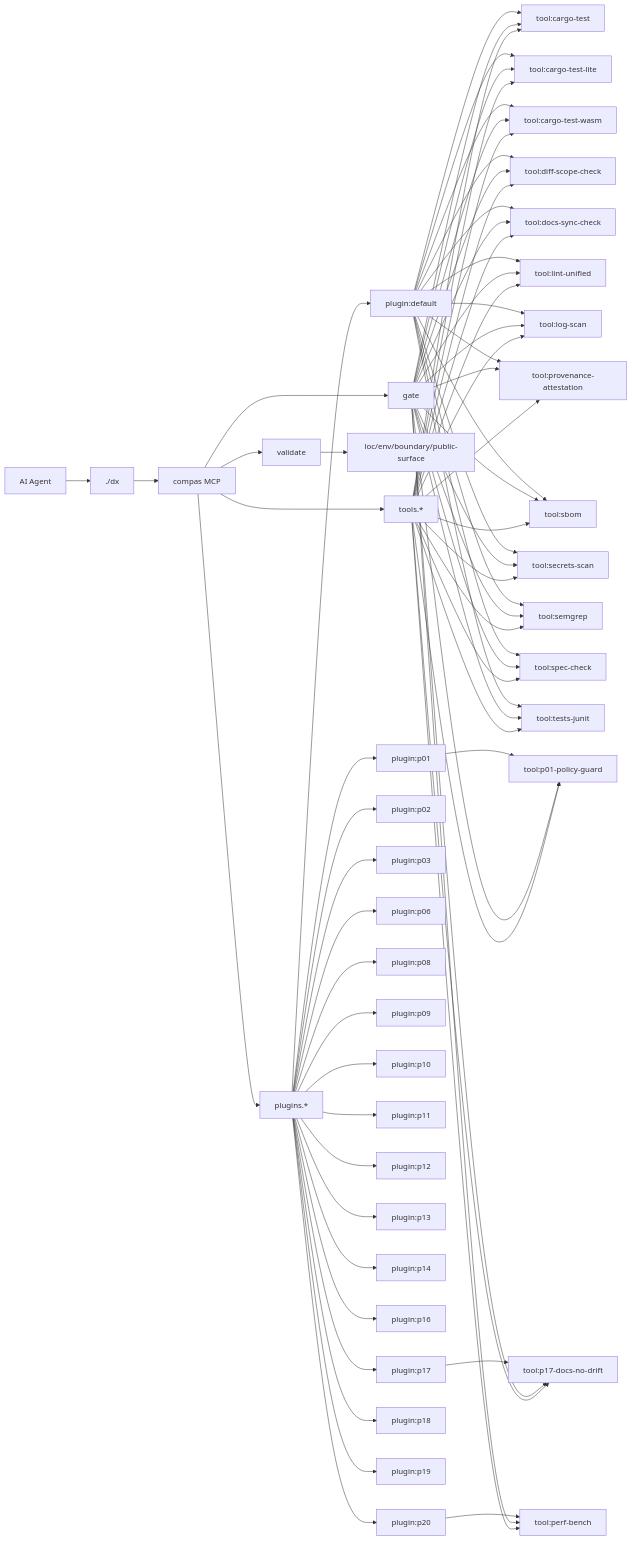
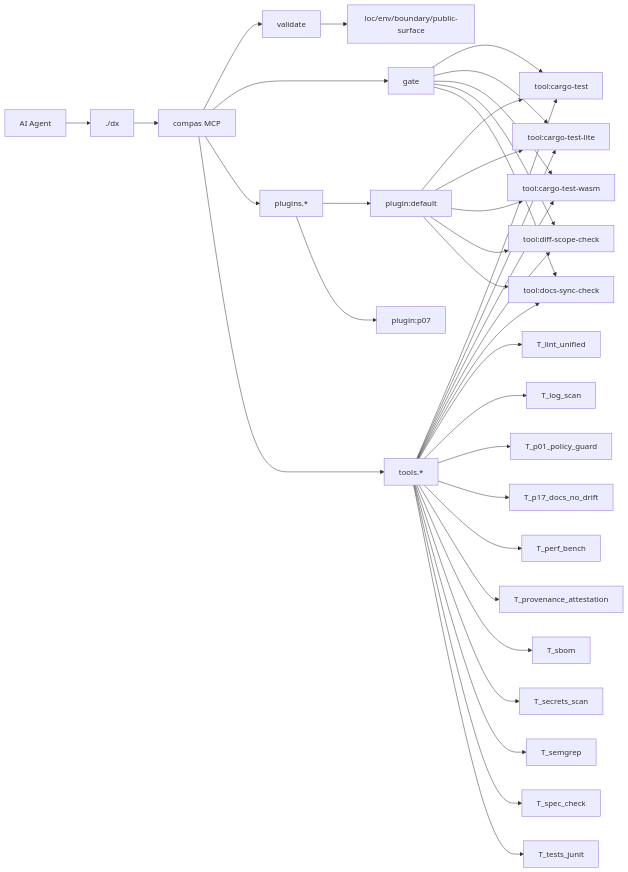
Before and after one commit to AmirTlinov/compas: the diagram in AGENTS.md, drawn with Mermaid. The commit also changed other lines of this file and 7 other files, not shown here.

````diff
--- a/AGENTS.md
+++ b/AGENTS.md
@@ -78,75 +63,38 @@
 ```mermaid
 flowchart LR
   Agent[AI Agent] --> DX[./dx]
   DX --> MCP[compas MCP]
   MCP --> V[validate]
   MCP --> G[gate]
   MCP --> PL[plugins.*]
   MCP --> TL[tools.*]
   V --> C1[loc/env/boundary/public-surface]
   PL --> P_default["plugin:default"]
   P_default --> T_cargo_test["tool:cargo-test"]
   G --> T_cargo_test
   P_default --> T_cargo_test_lite["tool:cargo-test-lite"]
   G --> T_cargo_test_lite
   P_default --> T_cargo_test_wasm["tool:cargo-test-wasm"]
   G --> T_cargo_test_wasm
   P_default --> T_diff_scope_check["tool:diff-scope-check"]
   G --> T_diff_scope_check
   P_default --> T_docs_sync_check["tool:docs-sync-check"]
   G --> T_docs_sync_check
-  P_default --> T_lint_unified["tool:lint-unified"]
-  G --> T_lint_unified
-  P_default --> T_log_scan["tool:log-scan"]
-  G --> T_log_scan
-  P_default --> T_provenance_attestation["tool:provenance-attestation"]
-  G --> T_provenance_attestation
-  P_default --> T_sbom["tool:sbom"]
-  G --> T_sbom
-  P_default --> T_secrets_scan["tool:secrets-scan"]
-  G --> T_secrets_scan
-  P_default --> T_semgrep["tool:semgrep"]
-  G --> T_semgrep
-  P_default --> T_spec_check["tool:spec-check"]
-  G --> T_spec_check
-  P_default --> T_tests_junit["tool:tests-junit"]
-  G --> T_tests_junit
-  PL --> P_p01["plugin:p01"]
-  P_p01 --> T_p01_policy_guard["tool:p01-policy-guard"]
-  G --> T_p01_policy_guard
-  PL --> P_p02["plugin:p02"]
-  PL --> P_p03["plugin:p03"]
-  PL --> P_p06["plugin:p06"]
-  PL --> P_p08["plugin:p08"]
-  PL --> P_p09["plugin:p09"]
-  PL --> P_p10["plugin:p10"]
-  PL --> P_p11["plugin:p11"]
-  PL --> P_p12["plugin:p12"]
-  PL --> P_p13["plugin:p13"]
-  PL --> P_p14["plugin:p14"]
-  PL --> P_p16["plugin:p16"]
-  PL --> P_p17["plugin:p17"]
-  P_p17 --> T_p17_docs_no_drift["tool:p17-docs-no-drift"]
-  G --> T_p17_docs_no_drift
-  PL --> P_p18["plugin:p18"]
-  PL --> P_p19["plugin:p19"]
-  PL --> P_p20["plugin:p20"]
-  P_p20 --> T_perf_bench["tool:perf-bench"]
-  G --> T_perf_bench
+  PL --> P_p07["plugin:p07"]
   TL --> T_cargo_test
   TL --> T_cargo_test_lite
   TL --> T_cargo_test_wasm
   TL --> T_diff_scope_check
   TL --> T_docs_sync_check
   TL --> T_lint_unified
   TL --> T_log_scan
   TL --> T_p01_policy_guard
   TL --> T_p17_docs_no_drift
   TL --> T_perf_bench
   TL --> T_provenance_attestation
   TL --> T_sbom
   TL --> T_secrets_scan
   TL --> T_semgrep
   TL --> T_spec_check
   TL --> T_tests_junit
 ```
````
